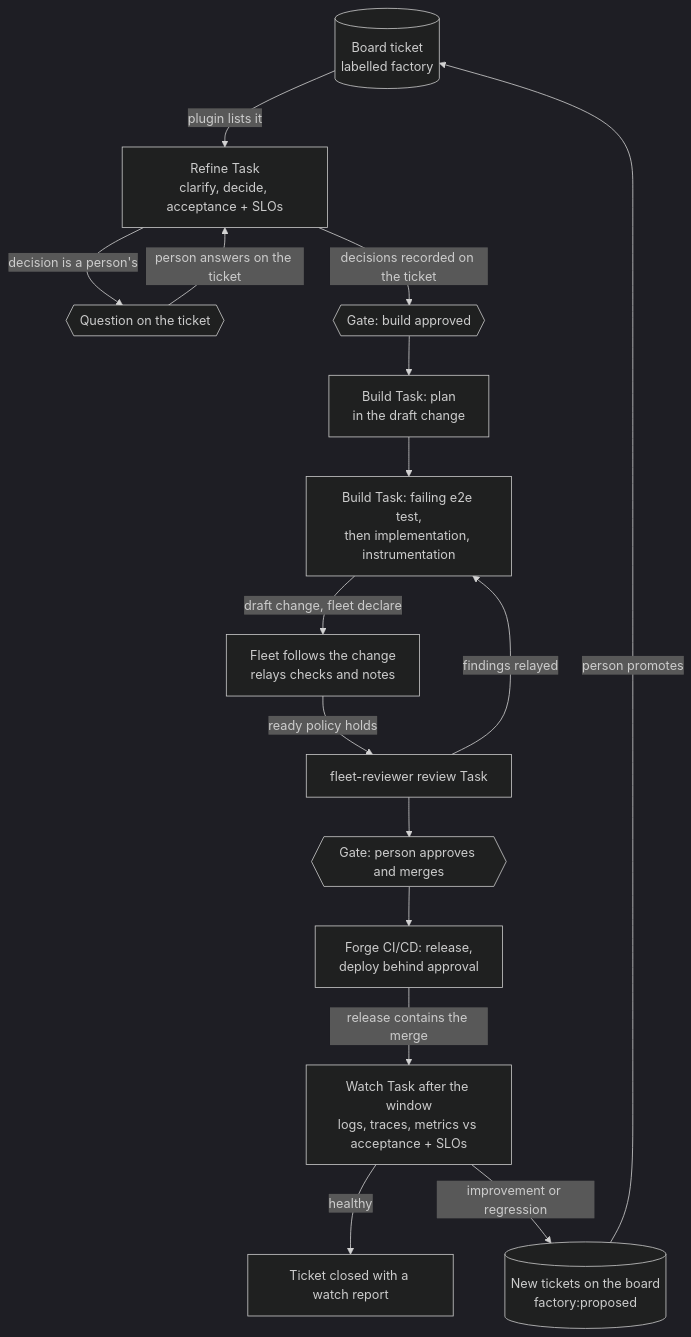
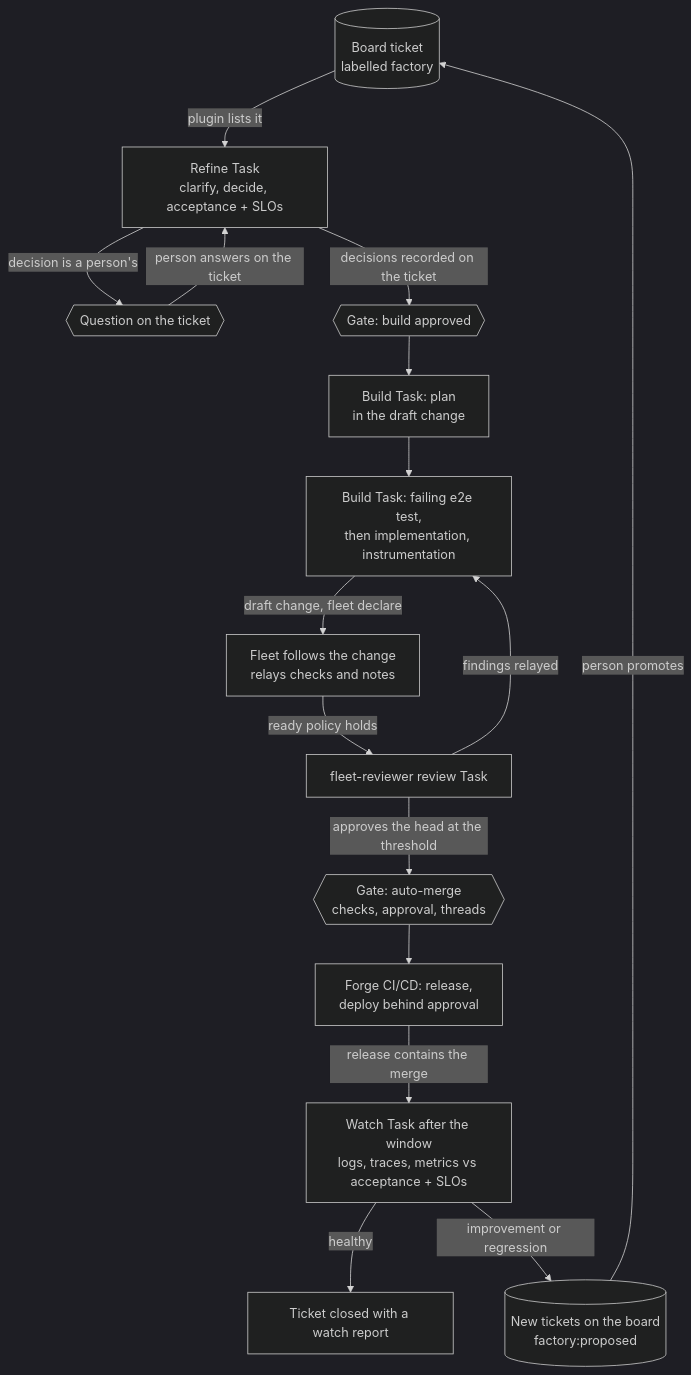
Before and after one commit to Thurbeen/fleet-factory: the first of 2 diagrams in docs/design.md, drawn with Mermaid (dark theme). The commit also changed other lines of this file, not shown here.

Commit message:
docs: merge without a person, through the reviewer's approval and forge auto-merge

````diff
--- a/docs/design.md
+++ b/docs/design.md
@@ -43,18 +45,18 @@
 ```mermaid
 flowchart TD
   B[(Board ticket<br/>labelled factory)] -->|plugin lists it| R[Refine Task<br/>clarify, decide, acceptance + SLOs]
   R -->|decision is a person's| Q{{Question on the ticket}}
   Q -->|person answers on the ticket| R
   R -->|decisions recorded on the ticket| G1{{Gate: build approved}}
   G1 --> P[Build Task: plan<br/>in the draft change]
   P --> I[Build Task: failing e2e test,<br/>then implementation, instrumentation]
   I -->|draft change, fleet declare| F[Fleet follows the change<br/>relays checks and notes]
   F -->|ready policy holds| RV[fleet-reviewer review Task]
   RV -->|findings relayed| I
-  RV --> G2{{Gate: person approves and merges}}
+  RV -->|approves the head at the threshold| G2{{Gate: auto-merge<br/>checks, approval, threads}}
   G2 --> CD[Forge CI/CD: release,<br/>deploy behind approval]
   CD -->|release contains the merge| W[Watch Task after the window<br/>logs, traces, metrics vs acceptance + SLOs]
   W -->|healthy| D[Ticket closed with a watch report]
   W -->|improvement or regression| N[(New tickets on the board<br/>factory:proposed)]
   N -->|person promotes| B
 ```
````
